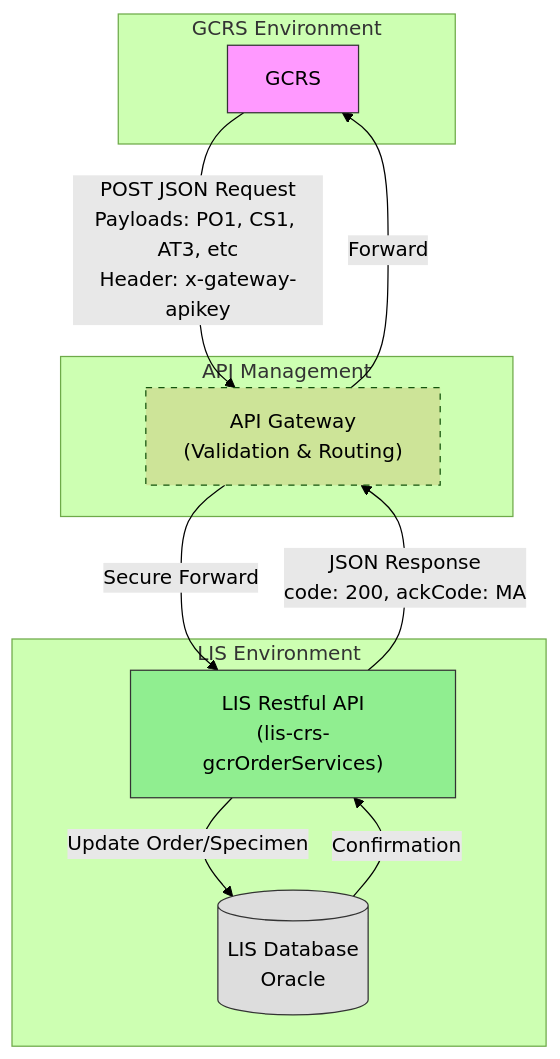
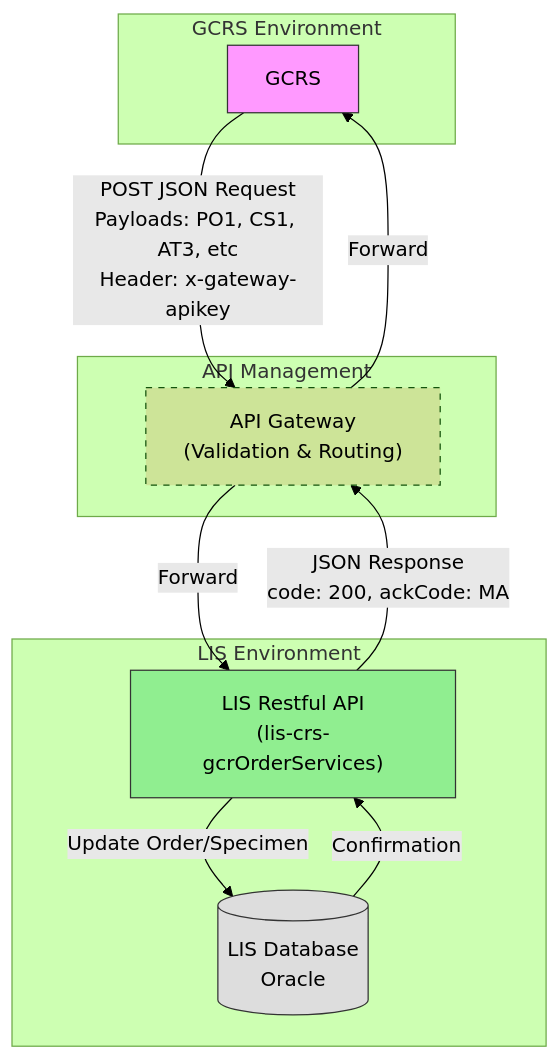
Before and after one commit to DragonChong/HA-Notes: the first of 2 diagrams in CRS/Order Gateway/Technical Diagram.md, drawn with Mermaid (forest theme).

Commit message:
vault backup: 2026-03-05 14:39:26

````diff
--- a/CRS/Order Gateway/Technical Diagram.md
+++ b/CRS/Order Gateway/Technical Diagram.md
@@ -2,30 +2,30 @@
 ```mermaid
 flowchart TD
     %% Node Definitions
     subgraph GCRS_Env [GCRS Environment]
         GCRS["GCRS"]
     end
 
     subgraph API_Mgmt [API Management]
         Gateway["API Gateway<br/>(Validation & Routing)"]
     end
 
     subgraph LIS_Env [LIS Environment]
         API["LIS Restful API<br/>(lis-crs-gcrOrderServices)"]
         DB[(LIS Database<br/>Oracle)]
     end
 
     %% Connections
     GCRS -->|POST JSON Request<br/>Payloads: PO1, CS1, AT3, etc<br/>Header: x-gateway-apikey| Gateway
-    Gateway -->|Secure Forward| API
+    Gateway -->|Forward| API
     API -->|Update Order/Specimen| DB
     DB -->|Confirmation| API
     API --> |JSON Response<br/>code: 200, ackCode: MA| Gateway
     Gateway --> |Forward| GCRS
 
     %% Styling
     style GCRS fill:#FF99FF,stroke:#333,stroke-width:1px
     style API fill:#90EE90,stroke:#333,stroke-width:1px
     style Gateway stroke-dasharray: 5 5
     style DB fill:#DDD,stroke:#333
 ```
````
